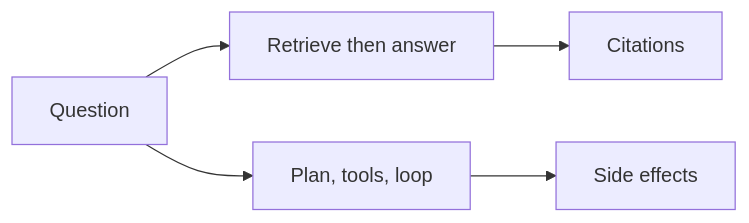
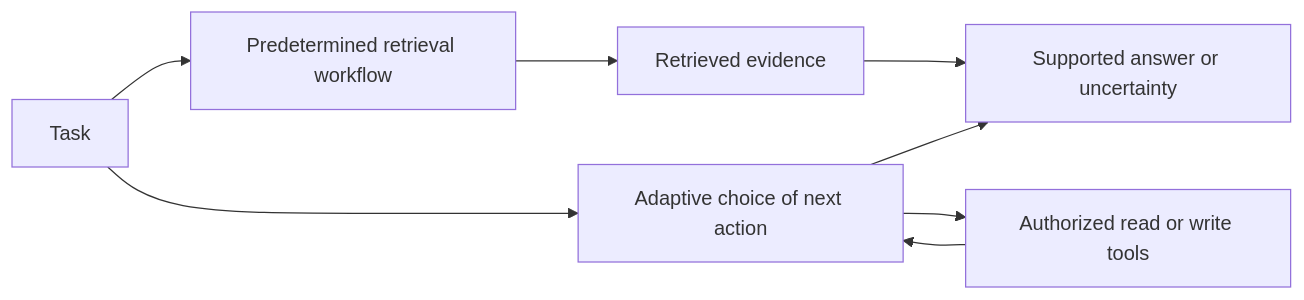
The diagram in lessons/ai-agents/rag-vs-agents/viz/split.md (jdodsoncollins/study-material), drawn with Mermaid before and after one commit. The commit also changed 175 other files, not shown here.

````diff
--- a/lessons/ai-agents/rag-vs-agents/viz/split.md
+++ b/lessons/ai-agents/rag-vs-agents/viz/split.md
@@ -3,7 +3,10 @@
 ```mermaid
 flowchart LR
-  q[Question] --> rag[Retrieve then answer]
-  q --> agent[Plan, tools, loop]
-  rag --> doc[Citations]
-  agent --> act[Side effects]
+  q[Task] --> workflow[Predetermined retrieval workflow]
+  q --> agent[Adaptive choice of next action]
+  workflow --> evidence[Retrieved evidence]
+  agent --> tools[Authorized read or write tools]
+  tools --> agent
+  evidence --> answer[Supported answer or uncertainty]
+  agent --> answer
 ```
````
